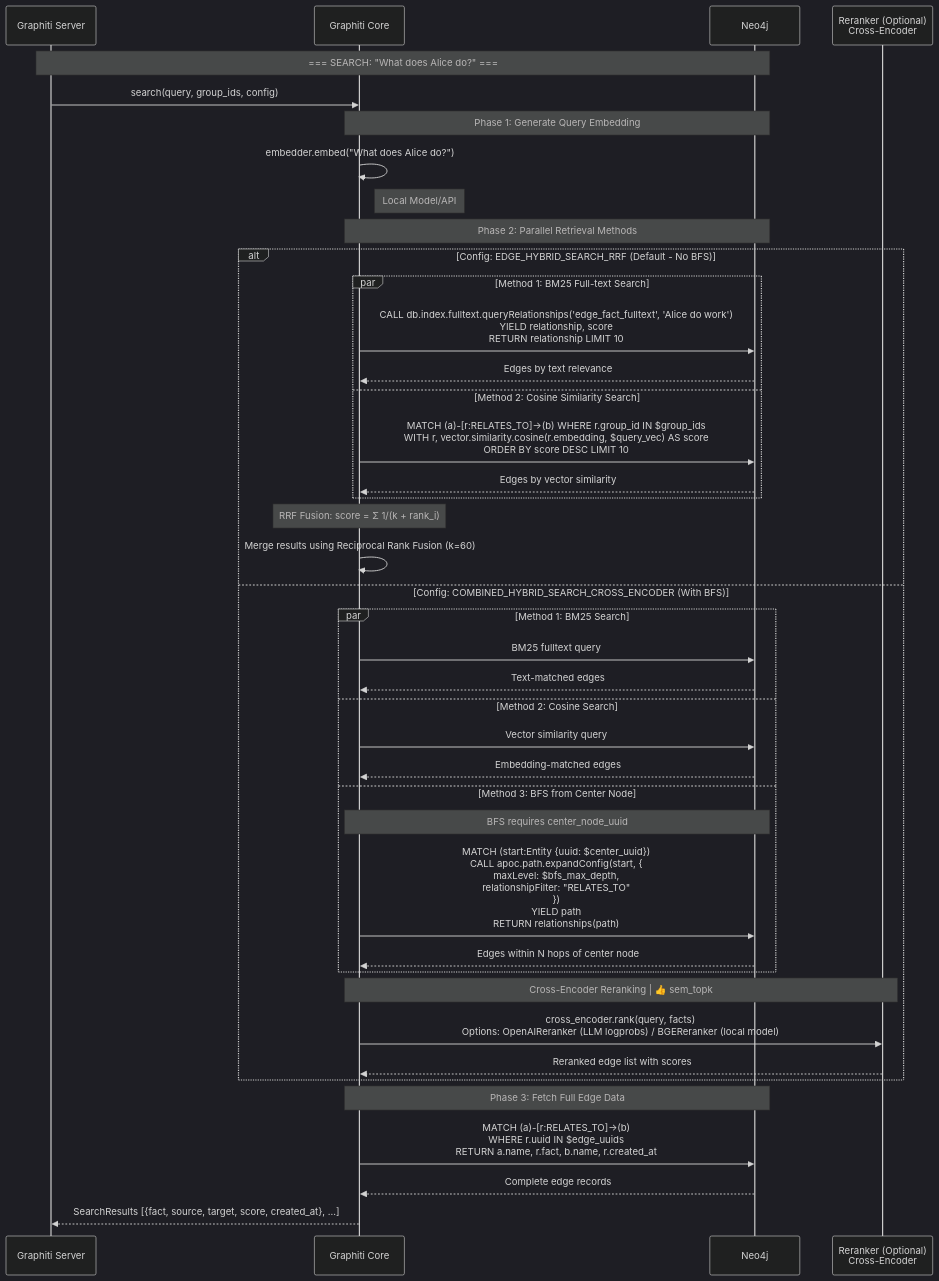
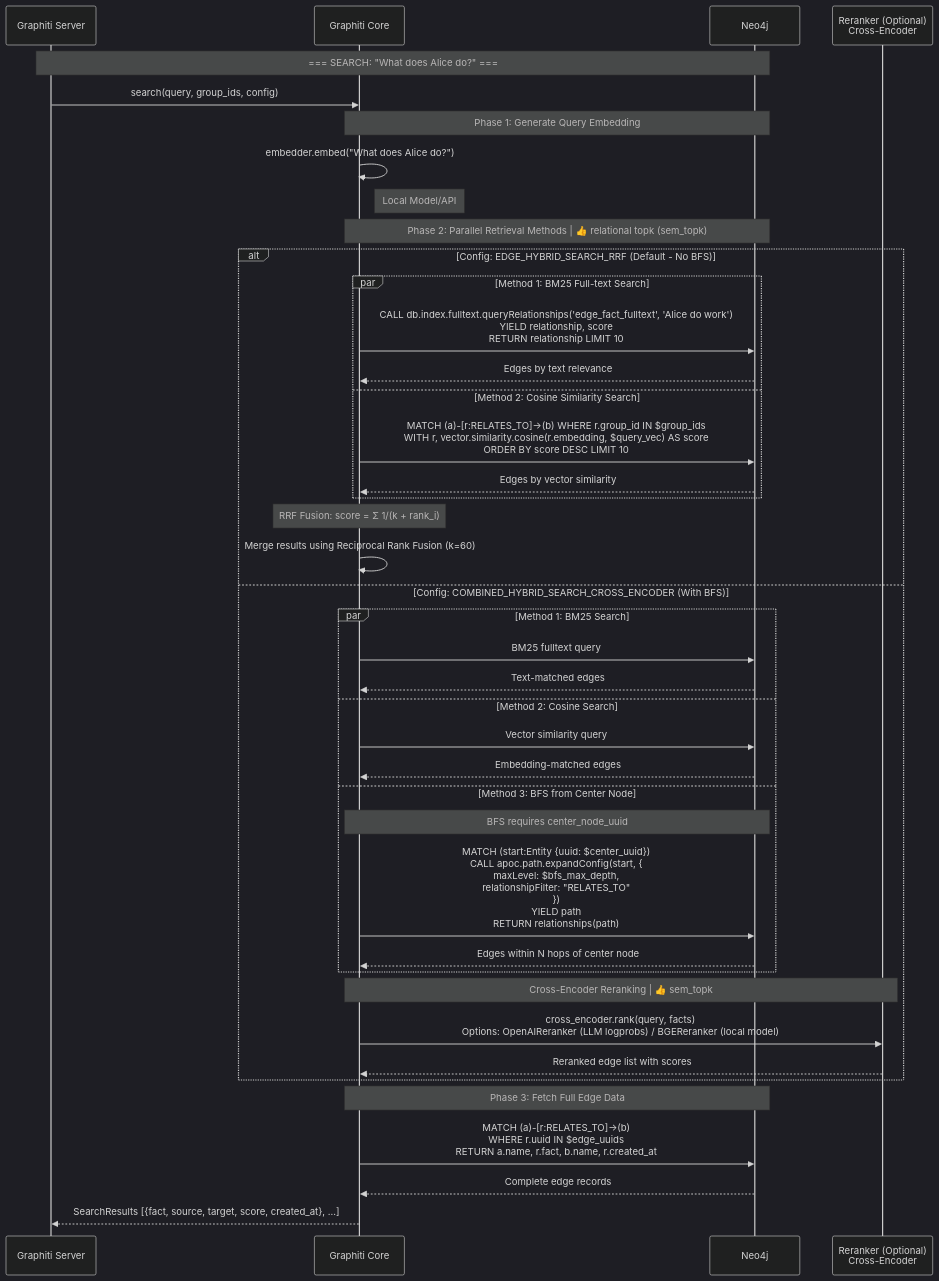
Before and after one commit to SleepyLGod/zep-graphiti: the second of 2 diagrams in examples/neo4j_otel/data_flow.md, drawn with Mermaid (dark theme). The commit also changed other lines of this file and 1 other file, not shown here.

Commit message:
dataflow diagrams sem_ops updated.

````diff
--- a/examples/neo4j_otel/data_flow.md
+++ b/examples/neo4j_otel/data_flow.md
@@ -105,53 +105,53 @@
 ```mermaid
 sequenceDiagram
     participant App as Graphiti Server
     participant Core as Graphiti Core
     participant Neo4j as Neo4j
     participant Reranker as Reranker (Optional)<br/>Cross-Encoder
 
     Note over App, Neo4j: === SEARCH: "What does Alice do?" ===
 
     App->>Core: search(query, group_ids, config)
 
     Note over Core, Neo4j: Phase 1: Generate Query Embedding
     Core->>Core: embedder.embed("What does Alice do?")
     Note right of Core: Local Model/API
 
-    Note over Core, Neo4j: Phase 2: Parallel Retrieval Methods
+    Note over Core, Neo4j: Phase 2: Parallel Retrieval Methods | 👍 relational topk (sem_topk)
 
     alt Config: EDGE_HYBRID_SEARCH_RRF (Default - No BFS)
         par Method 1: BM25 Full-text Search
             Core->>Neo4j: CALL db.index.fulltext.queryRelationships('edge_fact_fulltext', 'Alice do work')<br/>YIELD relationship, score<br/>RETURN relationship LIMIT 10
             Neo4j-->>Core: Edges by text relevance
         and Method 2: Cosine Similarity Search
             Core->>Neo4j: MATCH (a)-[r:RELATES_TO]->(b) WHERE r.group_id IN $group_ids<br/>WITH r, vector.similarity.cosine(r.embedding, $query_vec) AS score<br/>ORDER BY score DESC LIMIT 10
             Neo4j-->>Core: Edges by vector similarity
         end
         
         Note over Core: RRF Fusion: score = Σ 1/(k + rank_i)
         Core->>Core: Merge results using Reciprocal Rank Fusion (k=60)
 
     else Config: COMBINED_HYBRID_SEARCH_CROSS_ENCODER (With BFS)
         par Method 1: BM25 Search
             Core->>Neo4j: BM25 fulltext query
             Neo4j-->>Core: Text-matched edges
         and Method 2: Cosine Search
             Core->>Neo4j: Vector similarity query
             Neo4j-->>Core: Embedding-matched edges
         and Method 3: BFS from Center Node
             Note over Core, Neo4j: BFS requires center_node_uuid
             Core->>Neo4j: MATCH (start:Entity {uuid: $center_uuid})<br/>CALL apoc.path.expandConfig(start, {<br/>  maxLevel: $bfs_max_depth,<br/>  relationshipFilter: "RELATES_TO"<br/>})<br/>YIELD path<br/>RETURN relationships(path)
             Neo4j-->>Core: Edges within N hops of center node
         end
 
         Note over Core, Reranker: Cross-Encoder Reranking | 👍 sem_topk
         Core->>Reranker: cross_encoder.rank(query, facts)<br/>Options: OpenAIReranker (LLM logprobs) / BGEReranker (local model)
         Reranker-->>Core: Reranked edge list with scores
     end
 
     Note over Core, Neo4j: Phase 3: Fetch Full Edge Data
     Core->>Neo4j: MATCH (a)-[r:RELATES_TO]->(b)<br/>WHERE r.uuid IN $edge_uuids<br/>RETURN a.name, r.fact, b.name, r.created_at
     Neo4j-->>Core: Complete edge records
 
     Core-->>App: SearchResults [{fact, source, target, score, created_at}, ...]
 ```
````
